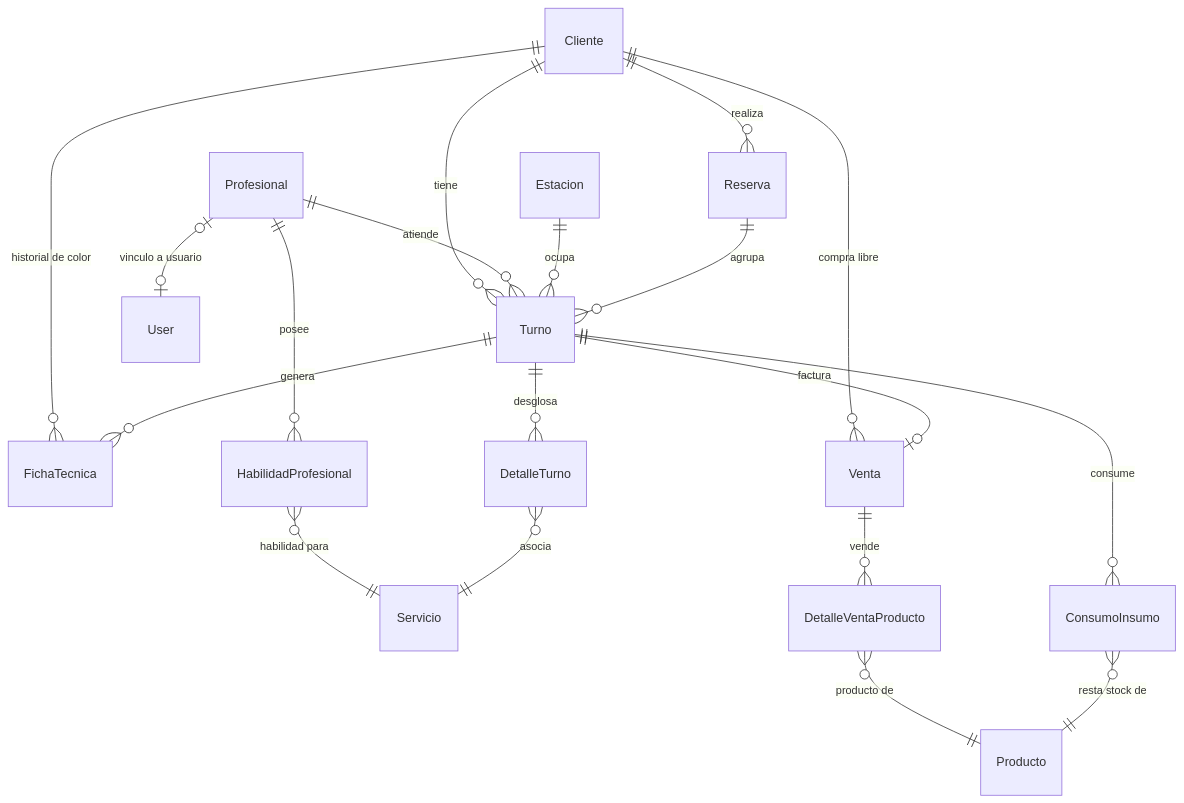
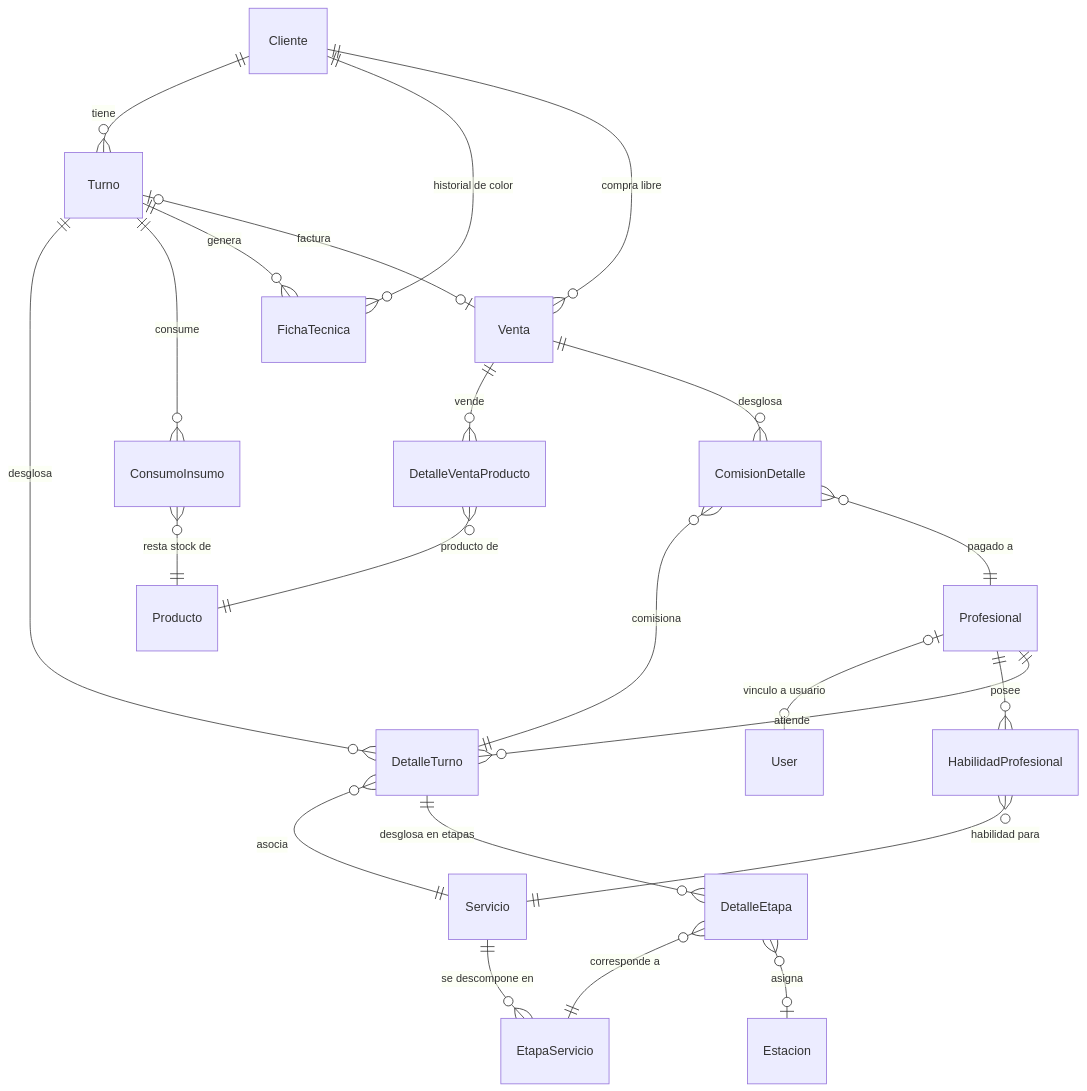
The diagram in docs/der_report.md (PabloDaniloCruz/Peluqueria), drawn with Mermaid before and after one commit. The commit also changed other lines of this file and 51 other files, not shown here.

First line of the commit message:
refactor: eliminar modelo Reserva, migrar profesional/estacion a DetalleTurno y DetalleEtapa

````diff
--- a/docs/der_report.md
+++ b/docs/der_report.md
@@ -11,28 +9,33 @@
 ```mermaid
 erDiagram
-    Cliente ||--o{ Reserva : "realiza"
     Cliente ||--o{ Turno : "tiene"
     Cliente ||--o{ FichaTecnica : "historial de color"
     Cliente ||--o{ Venta : "compra libre"
-    
-    Profesional ||--o{ Turno : "atiende"
+
     Profesional |o--o| User : "vinculo a usuario"
     Profesional ||--o{ HabilidadProfesional : "posee"
     HabilidadProfesional }o--|| Servicio : "habilidad para"
-    
-    Estacion ||--o{ Turno : "ocupa"
-    
-    Reserva ||--o{ Turno : "agrupa"
-    
+    Profesional ||--o{ DetalleTurno : "atiende"
+
+    Servicio ||--o{ EtapaServicio : "se descompone en"
+
     Turno ||--o{ DetalleTurno : "desglosa"
     DetalleTurno }o--|| Servicio : "asocia"
-    
-    Turno ||--o| Venta : "factura"
+
+    DetalleTurno ||--o{ DetalleEtapa : "desglosa en etapas"
+    DetalleEtapa }o--|| EtapaServicio : "corresponde a"
+    DetalleEtapa }o--o| Estacion : "asigna"
+
     Turno ||--o{ ConsumoInsumo : "consume"
     Turno ||--o{ FichaTecnica : "genera"
-    
+    Turno |o--o| Venta : "factura"
+
     Venta ||--o{ DetalleVentaProducto : "vende"
     DetalleVentaProducto }o--|| Producto : "producto de"
-    
+
+    Venta ||--o{ ComisionDetalle : "desglosa"
+    ComisionDetalle }o--|| DetalleTurno : "comisiona"
+    ComisionDetalle }o--|| Profesional : "pagado a"
+
     ConsumoInsumo }o--|| Producto : "resta stock de"
 ```
````
